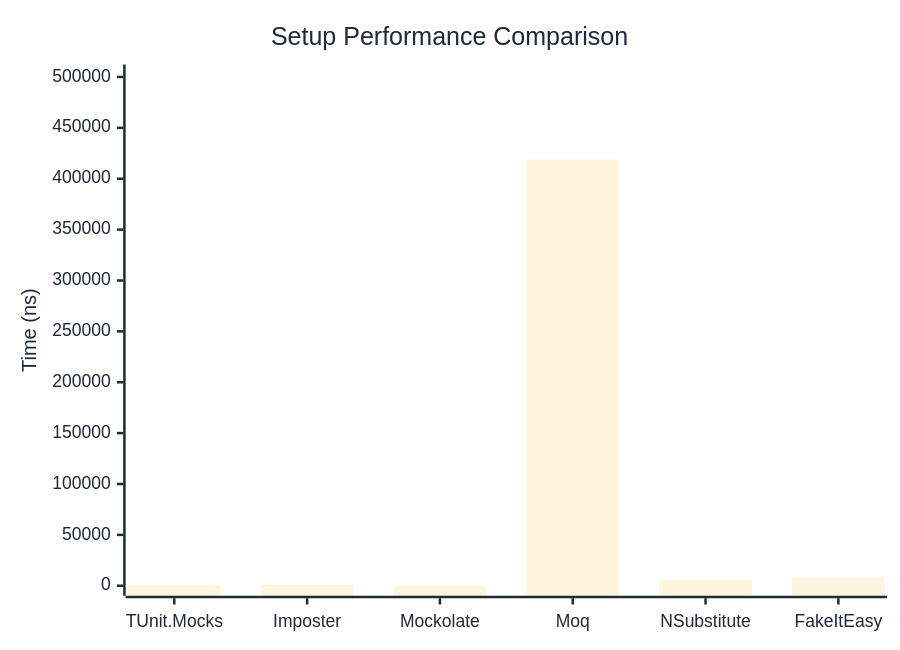
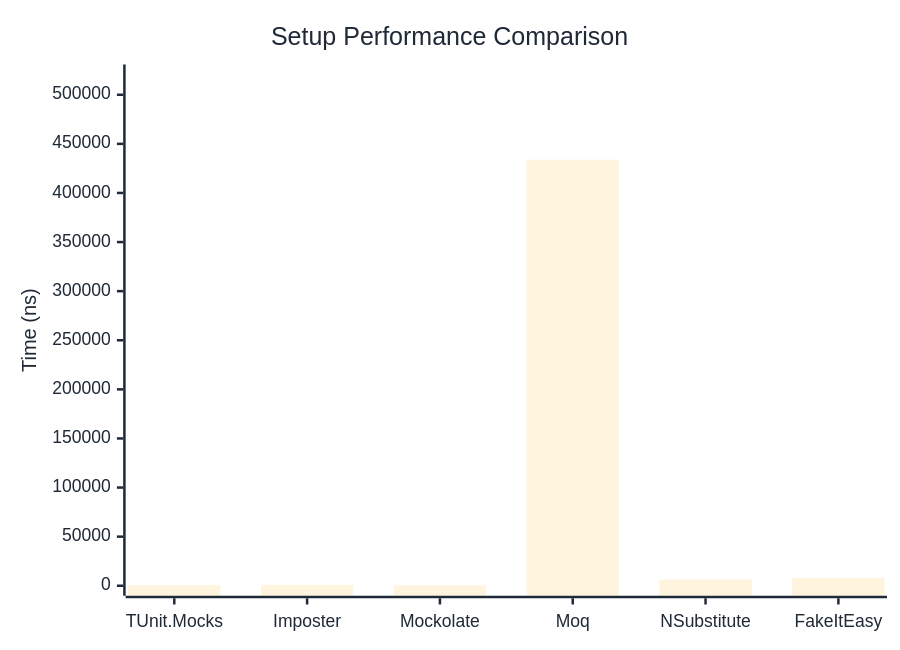
Before and after one commit to thomhurst/TUnit: the first of 2 diagrams in docs/docs/benchmarks/mocks/Setup.md, drawn with Mermaid. The commit also changed other lines of this file and 14 other files, not shown here.

````diff
--- a/docs/docs/benchmarks/mocks/Setup.md
+++ b/docs/docs/benchmarks/mocks/Setup.md
@@ -30,27 +30,27 @@
 ```mermaid
 %%{init: {
   'theme':'base',
   'themeVariables': {
     'primaryColor': '#2563eb',
     'primaryTextColor': '#1f2937',
     'primaryBorderColor': '#1e40af',
     'lineColor': '#6b7280',
     'secondaryColor': '#7c3aed',
     'tertiaryColor': '#dc2626',
     'background': '#ffffff',
     'pie1': '#2563eb',
     'pie2': '#7c3aed',
     'pie3': '#dc2626',
     'pie4': '#f59e0b',
     'pie5': '#10b981',
     'pie6': '#06b6d4',
     'pie7': '#ec4899',
     'pie8': '#6366f1'
   }
 }}%%
 xychart-beta
   title "Setup Performance Comparison"
   x-axis ["TUnit.Mocks", "Imposter", "Mockolate", "Moq", "NSubstitute", "FakeItEasy"]
-  y-axis "Time (ns)" 0 --> 502436
-  bar [517.7, 804.1, 301.3, 418696.1, 5994.3, 8009.3]
+  y-axis "Time (ns)" 0 --> 520638
+  bar [539.7, 869.6, 318.9, 433864.2, 6307.8, 7885.3]
 ```
````
